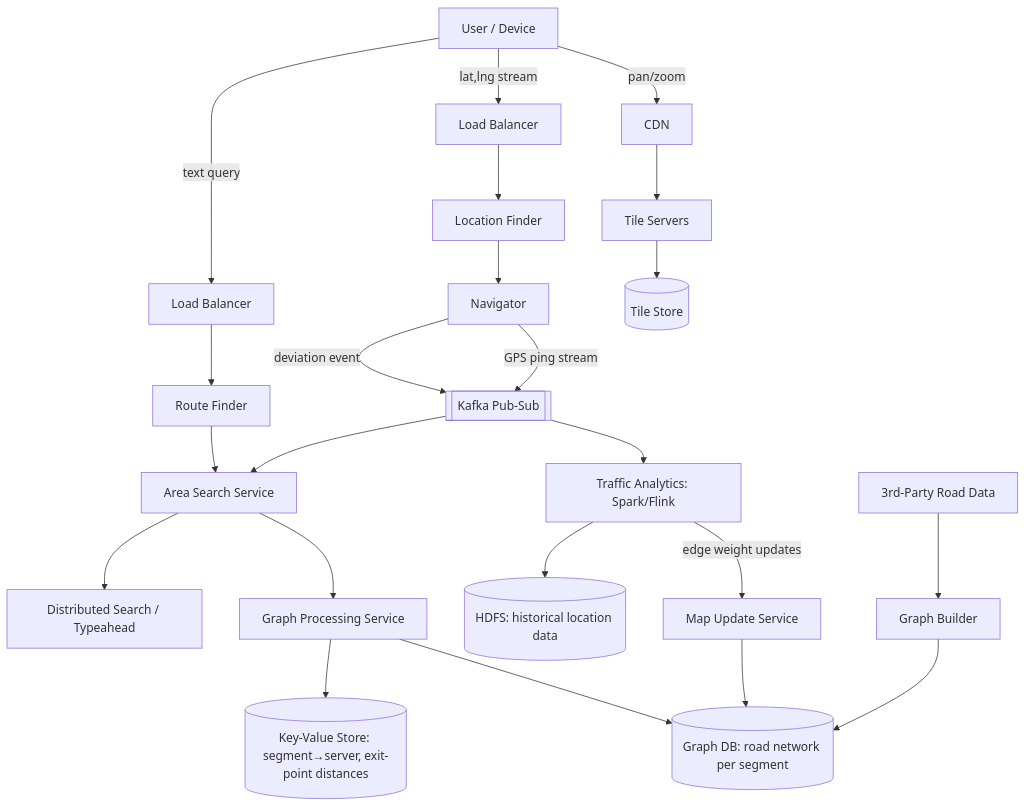
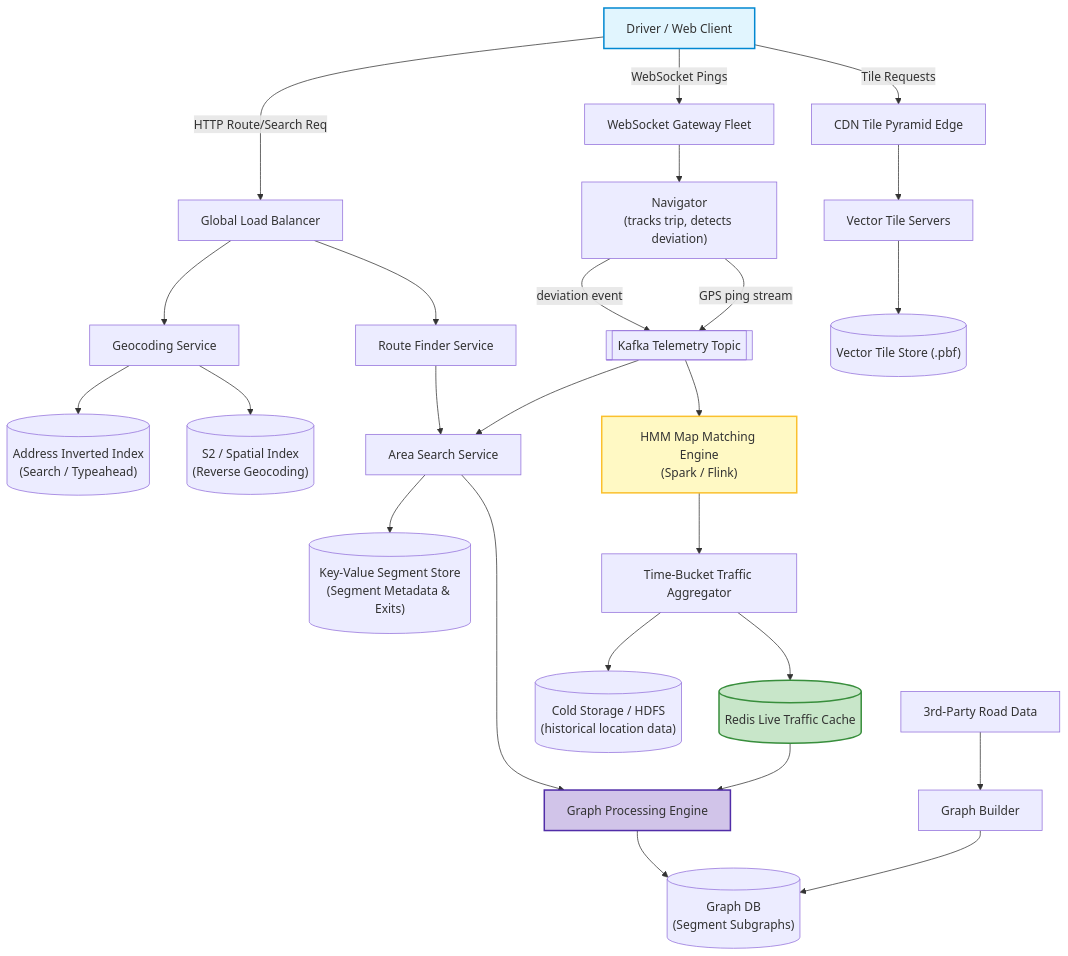
The fifth of 27 diagrams in system-design/HLD/0-course/28-Design Google Maps-FAANG-Guide.md (riyaz-pasha/Learnings), drawn with Mermaid before and after one commit. The commit also changed other lines of this file and 1 other file, not shown here.

````diff
--- a/system-design/HLD/0-course/28-Design Google Maps-FAANG-Guide.md
+++ b/system-design/HLD/0-course/28-Design Google Maps-FAANG-Guide.md
@@ -296,31 +346,40 @@
 ```mermaid
 flowchart TB
-    U[User / Device] -->|lat,lng stream| LB1[Load Balancer]
-    U -->|text query| LB2[Load Balancer]
+    Client["Driver / Web Client"] -->|WebSocket Pings| Gateway["WebSocket Gateway Fleet"]
+    Client -->|HTTP Route/Search Req| LoadBalancer["Global Load Balancer"]
 
-    LB1 --> LF[Location Finder]
-    LB2 --> RF[Route Finder]
+    LoadBalancer --> GeoService["Geocoding Service"]
+    LoadBalancer --> RouteFinder["Route Finder Service"]
 
-    RF --> AS[Area Search Service]
-    AS --> DS[Distributed Search / Typeahead]
-    AS --> GP[Graph Processing Service]
-    GP --> KV[(Key-Value Store: segment→server, exit-point distances)]
-    GP --> GDB[(Graph DB: road network per segment)]
+    GeoService --> TextIndex[("Address Inverted Index<br/>(Search / Typeahead)")]
+    GeoService --> SpatialIndex[("S2 / Spatial Index<br/>(Reverse Geocoding)")]
 
-    LF --> NAV[Navigator]
-    NAV -->|deviation event| KAFKA[[Kafka Pub-Sub]]
-    KAFKA --> AS
+    RouteFinder --> AreaSearch["Area Search Service"]
+    AreaSearch --> SegmentKV[("Key-Value Segment Store<br/>(Segment Metadata & Exits)")]
+    AreaSearch --> GraphEngine["Graph Processing Engine"]
+    GraphEngine --> GraphDB[("Graph DB<br/>(Segment Subgraphs)")]
 
-    NAV -->|GPS ping stream| KAFKA
-    KAFKA --> SPARK[Traffic Analytics: Spark/Flink]
-    SPARK --> HDFS[(HDFS: historical location data)]
-    SPARK -->|edge weight updates| MU[Map Update Service]
-    MU --> GDB
+    Gateway --> Navigator["Navigator<br/>(tracks trip, detects deviation)"]
+    Navigator -->|deviation event| TelemetryKafka[["Kafka Telemetry Topic"]]
+    Navigator -->|GPS ping stream| TelemetryKafka
+    TelemetryKafka --> AreaSearch
 
-    U -->|pan/zoom| CDN[CDN]
-    CDN --> TS[Tile Servers]
-    TS --> TDB[(Tile Store)]
+    TelemetryKafka --> MapMatcher["HMM Map Matching Engine<br/>(Spark / Flink)"]
+    MapMatcher --> Aggregator["Time-Bucket Traffic Aggregator"]
+    Aggregator --> LiveTrafficCache[("Redis Live Traffic Cache")]
+    Aggregator --> ColdStorage[("Cold Storage / HDFS<br/>(historical location data)")]
 
-    THIRD[3rd-Party Road Data] --> GB[Graph Builder]
-    GB --> GDB
+    LiveTrafficCache --> GraphEngine
+    
+    Client -->|Tile Requests| CDN["CDN Tile Pyramid Edge"]
+    CDN --> TileServer["Vector Tile Servers"]
+    TileServer --> TileStore[("Vector Tile Store (.pbf)")]
+
+    ThirdParty["3rd-Party Road Data"] --> GraphBuilder["Graph Builder"]
+    GraphBuilder --> GraphDB
+
+    style Client fill:#e1f5fe,stroke:#0288d1,stroke-width:2px
+    style GraphEngine fill:#d1c4e9,stroke:#512da8,stroke-width:2px
+    style MapMatcher fill:#fff9c4,stroke:#fbc02d,stroke-width:2px
+    style LiveTrafficCache fill:#c8e6c9,stroke:#388e3c,stroke-width:2px
 ```
````
